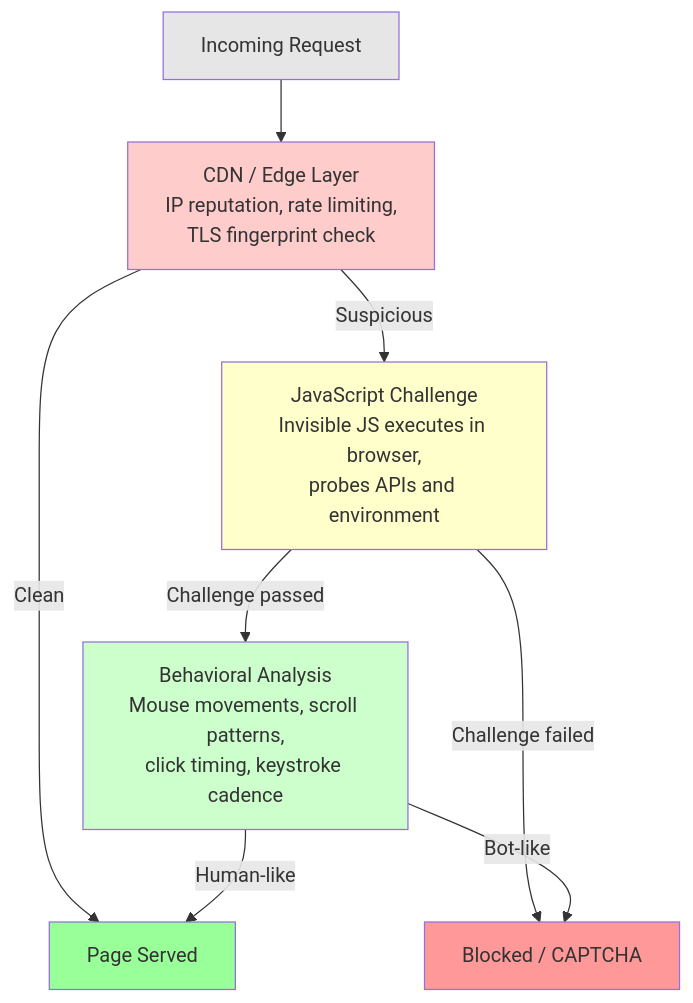
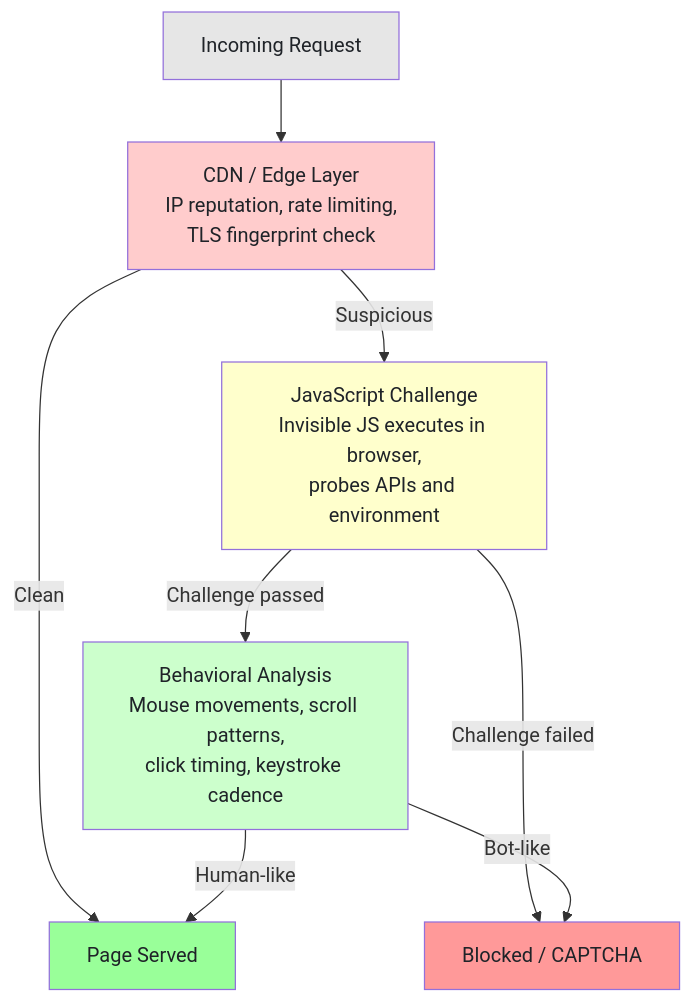
Before and after one commit to bytetunnels/bytetunnels.github.com: the first of 3 diagrams in _posts/2026-02-23-surviving-anti-bot-updates-ecommerce-sites-tool-comparison.md, drawn with Mermaid. The commit also changed other lines of this file and 118 other files, not shown here.

Commit message:
feat: improve diagram styling and compact wide flowcharts

````diff
--- a/_posts/2026-02-23-surviving-anti-bot-updates-ecommerce-sites-tool-comparison.md
+++ b/_posts/2026-02-23-surviving-anti-bot-updates-ecommerce-sites-tool-comparison.md
@@ -31,17 +31,17 @@
 ```mermaid
 graph TD
     A["Incoming Request"] --> B["CDN / Edge Layer<br>IP reputation, rate limiting,<br>TLS fingerprint check"]
     B -->|Suspicious| C["JavaScript Challenge<br>Invisible JS executes in browser,<br>probes APIs and environment"]
     B -->|Clean| D["Page Served"]
     C -->|Challenge passed| E["Behavioral Analysis<br>Mouse movements, scroll patterns,<br>click timing, keystroke cadence"]
     C -->|Challenge failed| F["Blocked / CAPTCHA"]
     E -->|Human-like| D
     E -->|Bot-like| F
 
-    style A fill:#e6e6e6
-    style B fill:#ffcccc
-    style C fill:#ffffcc
-    style D fill:#99ff99
-    style E fill:#ccffcc
-    style F fill:#ff9999
+    style A fill:#e6e6e6,color:#1f2328
+    style B fill:#ffcccc,color:#1f2328
+    style C fill:#ffffcc,color:#1f2328
+    style D fill:#99ff99,color:#1f2328
+    style E fill:#ccffcc,color:#1f2328
+    style F fill:#ff9999,color:#1f2328
 ```
````
